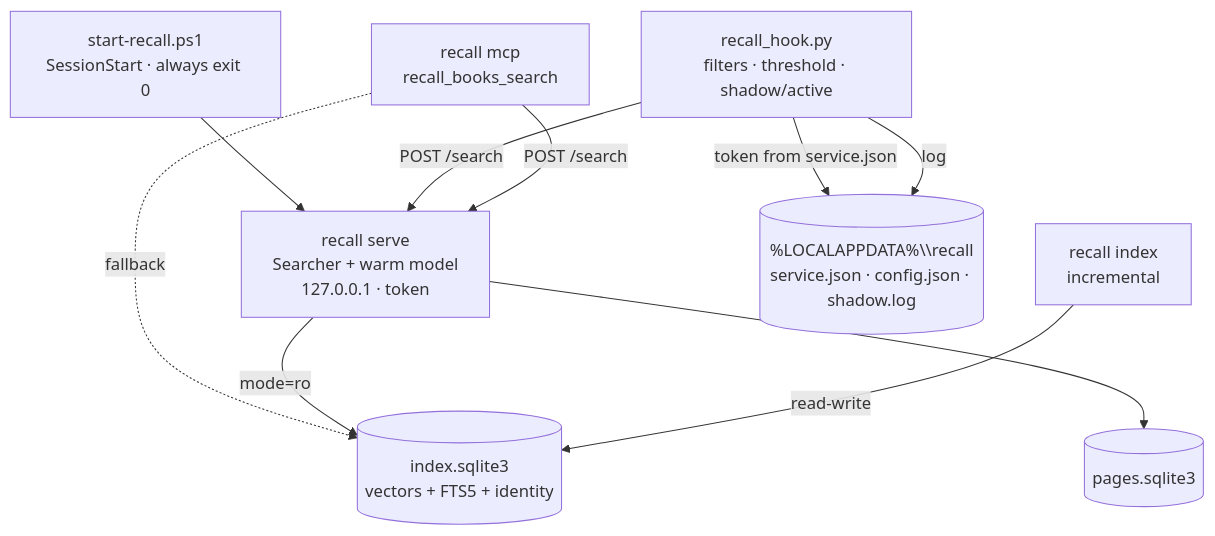
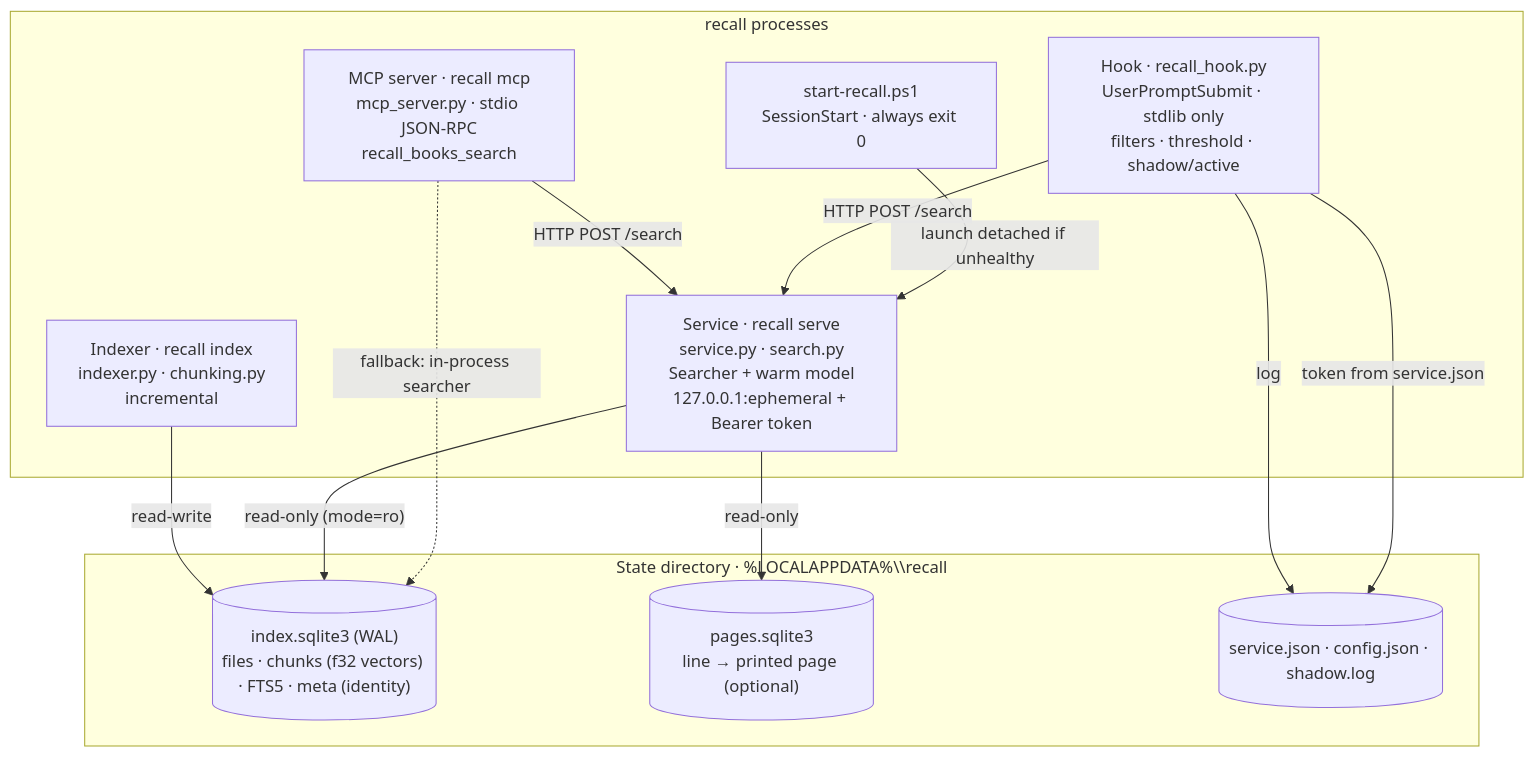
The second of 9 diagrams in docs/DIAGRAMS.md (andreshma/recall), drawn with Mermaid before and after one commit. The commit also changed other lines of this file and 20 other files, not shown here.

````diff
--- a/docs/DIAGRAMS.md
+++ b/docs/DIAGRAMS.md
@@ -32,21 +45,25 @@
 ```mermaid
 flowchart TB
-    start["start-recall.ps1<br/>SessionStart · always exit 0"]
-    hook["recall_hook.py<br/>filters · threshold · shadow/active"]
-    mcp["recall mcp<br/>recall_books_search"]
-    svc["recall serve<br/>Searcher + warm model<br/>127.0.0.1 · token"]
-    idx["recall index<br/>incremental"]
-    db[("index.sqlite3<br/>vectors + FTS5 + identity")]
-    pages[("pages.sqlite3")]
-    state[("%LOCALAPPDATA%\\recall<br/>service.json · config.json · shadow.log")]
+    subgraph procs["recall processes"]
+        start["start-recall.ps1<br/>SessionStart · always exit 0"]
+        hook["Hook · recall_hook.py<br/>UserPromptSubmit · stdlib only<br/>filters · threshold · shadow/active"]
+        mcp["MCP server · recall mcp<br/>mcp_server.py · stdio JSON-RPC<br/>recall_books_search"]
+        svc["Service · recall serve<br/>service.py · search.py<br/>Searcher + warm model<br/>127.0.0.1:ephemeral + Bearer token"]
+        idx["Indexer · recall index<br/>indexer.py · chunking.py<br/>incremental"]
+    end
+    subgraph files["State directory · %LOCALAPPDATA%\\recall"]
+        db[("index.sqlite3 (WAL)<br/>files · chunks (f32 vectors) · FTS5 · meta (identity)")]
+        pages[("pages.sqlite3<br/>line → printed page (optional)")]
+        state[("service.json · config.json · shadow.log")]
+    end
 
-    start --> svc
+    start -- "launch detached if unhealthy" --> svc
     hook -- "token from service.json" --> state
-    hook -- "POST /search" --> svc
-    mcp -- "POST /search" --> svc
-    mcp -. "fallback" .-> db
-    svc -- "mode=ro" --> db
-    svc --> pages
+    hook -- "HTTP POST /search" --> svc
+    mcp -- "HTTP POST /search" --> svc
+    mcp -. "fallback: in-process searcher" .-> db
+    svc -- "read-only (mode=ro)" --> db
+    svc -- "read-only" --> pages
     idx -- "read-write" --> db
     hook -- "log" --> state
 ```
````
